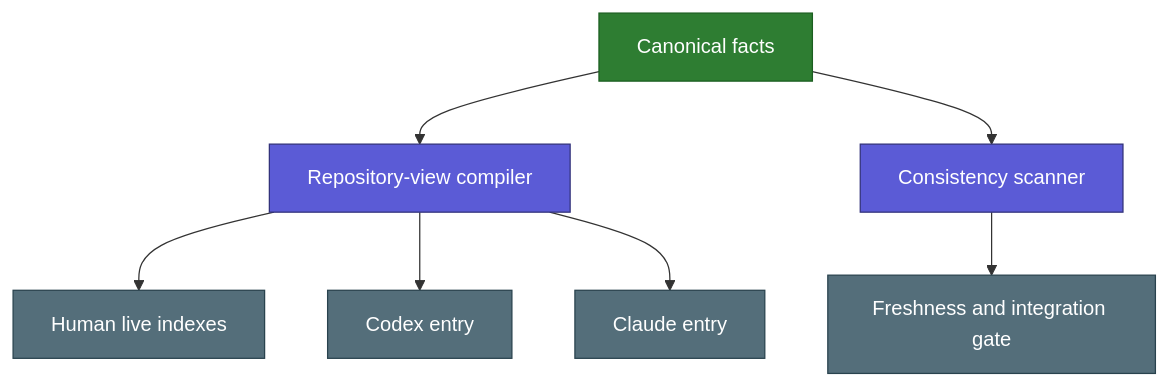
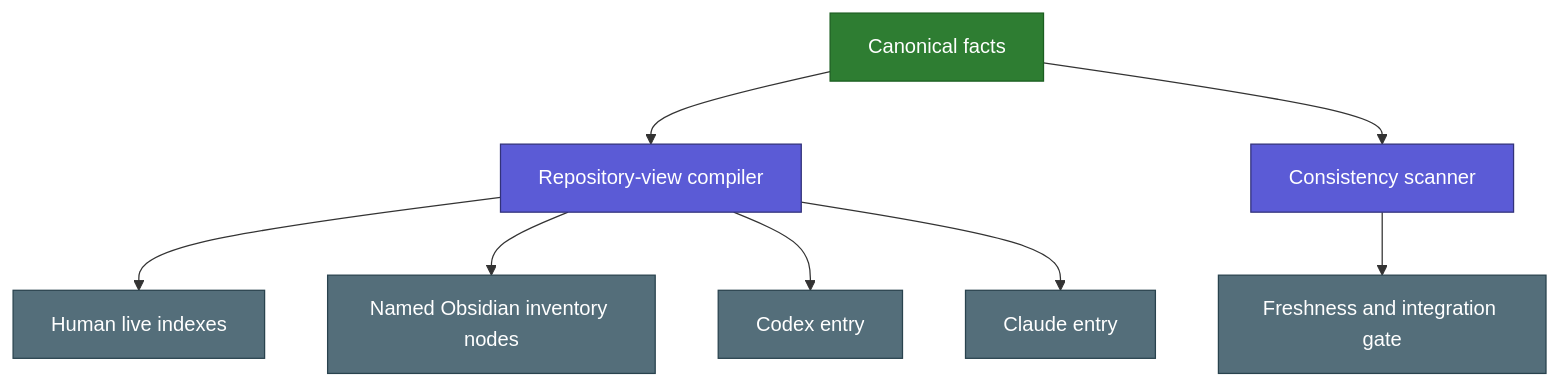
Before and after one commit to geekybobz/skills_ai: the diagram in docs/SHARED_DOCUMENTATION_MODEL.md, drawn with Mermaid. The commit also changed other lines of this file and 173 other files, not shown here.

````diff
--- a/docs/SHARED_DOCUMENTATION_MODEL.md
+++ b/docs/SHARED_DOCUMENTATION_MODEL.md
@@ -25,16 +27,17 @@
 ```mermaid
 flowchart TD
     F["Canonical facts"] --> G["Repository-view compiler"]
     F --> S["Consistency scanner"]
     G --> H["Human live indexes"]
+    G --> O["Named Obsidian inventory nodes"]
     G --> C["Codex entry"]
     G --> L["Claude entry"]
     S --> V["Freshness and integration gate"]
 
     classDef source fill:#2E7D32,color:#fff,stroke:#1B5E20
     classDef action fill:#5B5BD6,color:#fff,stroke:#32327A
     classDef result fill:#546E7A,color:#fff,stroke:#29434E
     class F source
     class G,S action
-    class H,C,L,V result
+    class H,O,C,L,V result
 ```
````
